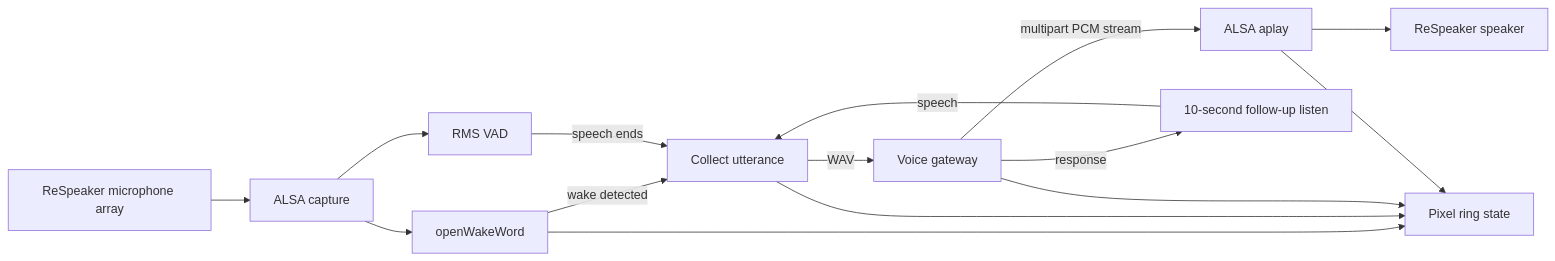
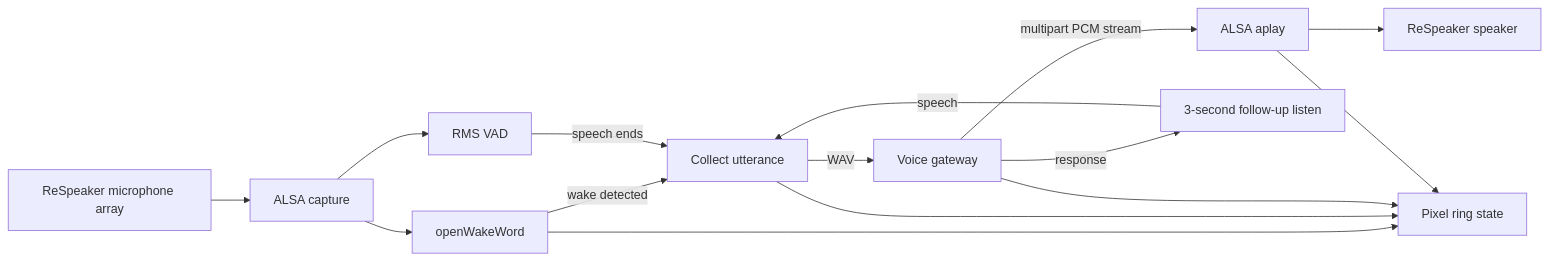
The diagram in README.md (PetoAdam/homenavi-voice-satellite), drawn with Mermaid before and after one commit. The commit also changed other lines of this file and 4 other files, not shown here.

````diff
--- a/README.md
+++ b/README.md
@@ -9,17 +9,17 @@
 ```mermaid
 flowchart LR
 	Mic[ReSpeaker microphone array] --> Capture[ALSA capture]
 	Capture --> Wake[openWakeWord]
 	Capture --> VAD[RMS VAD]
 	Wake -->|wake detected| Listen[Collect utterance]
 	VAD -->|speech ends| Listen
 	Listen -->|WAV| Gateway[Voice gateway]
 	Gateway -->|multipart PCM stream| Playback[ALSA aplay]
 	Playback --> Speaker[ReSpeaker speaker]
 	Wake --> LEDs[Pixel ring state]
 	Listen --> LEDs
 	Gateway --> LEDs
 	Playback --> LEDs
-	Gateway -->|response| FollowUp[10-second follow-up listen]
+	Gateway -->|response| FollowUp[3-second follow-up listen]
 	FollowUp -->|speech| Listen
 ```
````
